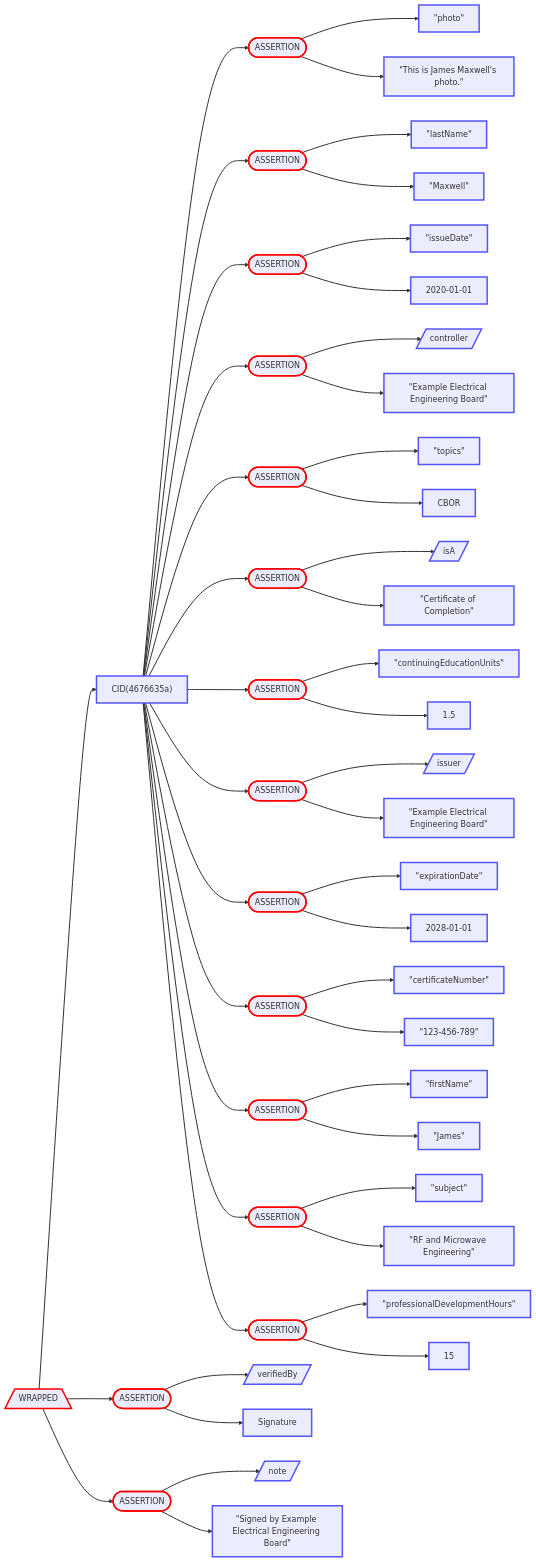
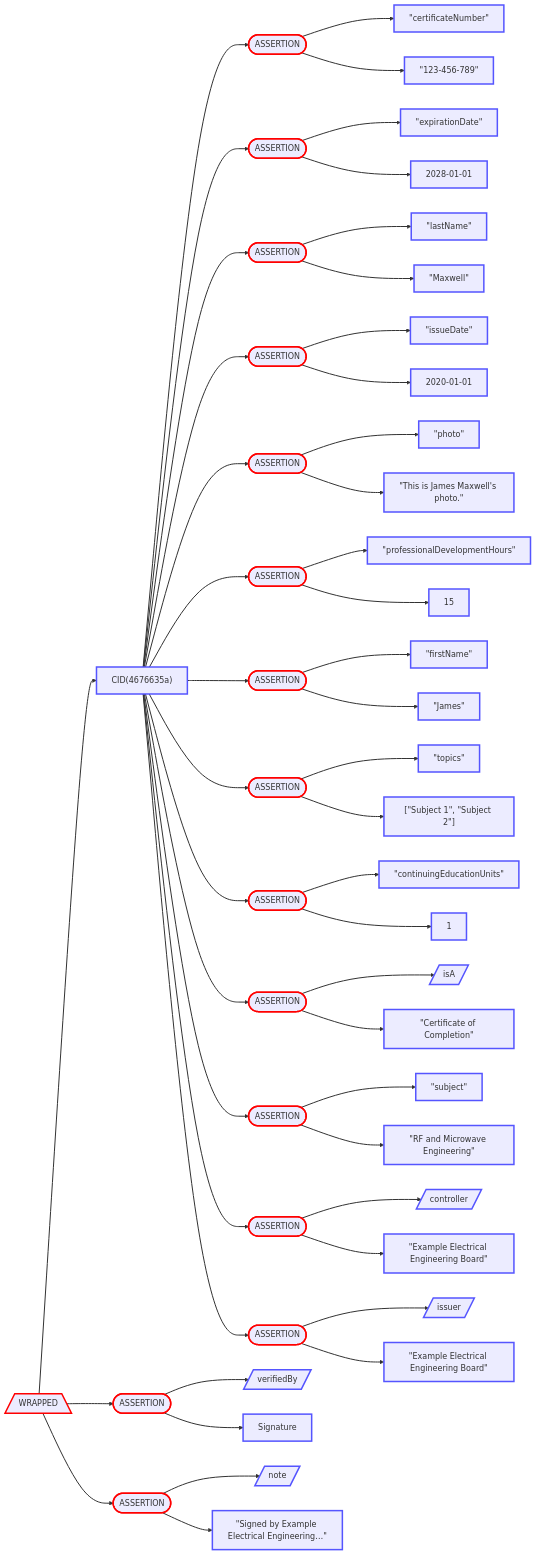
One commit to BlockchainCommons/Gordian changed diagram 22 of 26 in Envelope/OutputFormats.md. Above: the diagram before and after it, drawn with Mermaid. The commit also changed other lines of this file and 6 other files, not shown here.

```diff
--- a/Envelope/OutputFormats.md
+++ b/Envelope/OutputFormats.md
@@ -1631,50 +1719,50 @@
     1[/"WRAPPED"\]
     2["CID(4676635a)"]
     3(["ASSERTION"])
-    4["#quot;photo#quot;"]
-    5["#quot;This is James Maxwell's photo.#quot;"]
+    4["#quot;certificateNumber#quot;"]
+    5["#quot;123-456-789#quot;"]
     6(["ASSERTION"])
-    7["#quot;lastName#quot;"]
-    8["#quot;Maxwell#quot;"]
+    7["#quot;expirationDate#quot;"]
+    8["2028-01-01"]
     9(["ASSERTION"])
-    10["#quot;issueDate#quot;"]
-    11["2020-01-01"]
+    10["#quot;lastName#quot;"]
+    11["#quot;Maxwell#quot;"]
     12(["ASSERTION"])
-    13[/"controller"/]
-    14["#quot;Example Electrical Engineering Board#quot;"]
+    13["#quot;issueDate#quot;"]
+    14["2020-01-01"]
     15(["ASSERTION"])
-    16["#quot;topics#quot;"]
-    17["CBOR"]
+    16["#quot;photo#quot;"]
+    17["#quot;This is James Maxwell's photo.#quot;"]
     18(["ASSERTION"])
-    19[/"isA"/]
-    20["#quot;Certificate of Completion#quot;"]
+    19["#quot;professionalDevelopmentHours#quot;"]
+    20["15"]
     21(["ASSERTION"])
-    22["#quot;continuingEducationUnits#quot;"]
-    23["1.5"]
+    22["#quot;firstName#quot;"]
+    23["#quot;James#quot;"]
     24(["ASSERTION"])
-    25[/"issuer"/]
-    26["#quot;Example Electrical Engineering Board#quot;"]
+    25["#quot;topics#quot;"]
+    26["[#quot;Subject 1#quot;, #quot;Subject 2#quot;]"]
     27(["ASSERTION"])
-    28["#quot;expirationDate#quot;"]
-    29["2028-01-01"]
+    28["#quot;continuingEducationUnits#quot;"]
+    29["1"]
     30(["ASSERTION"])
-    31["#quot;certificateNumber#quot;"]
-    32["#quot;123-456-789#quot;"]
+    31[/"isA"/]
+    32["#quot;Certificate of Completion#quot;"]
     33(["ASSERTION"])
-    34["#quot;firstName#quot;"]
-    35["#quot;James#quot;"]
+    34["#quot;subject#quot;"]
+    35["#quot;RF and Microwave Engineering#quot;"]
     36(["ASSERTION"])
-    37["#quot;subject#quot;"]
-    38["#quot;RF and Microwave Engineering#quot;"]
+    37[/"controller"/]
+    38["#quot;Example Electrical Engineering Board#quot;"]
     39(["ASSERTION"])
-    40["#quot;professionalDevelopmentHours#quot;"]
-    41["15"]
+    40[/"issuer"/]
+    41["#quot;Example Electrical Engineering Board#quot;"]
     42(["ASSERTION"])
     43[/"verifiedBy"/]
     44["Signature"]
     45(["ASSERTION"])
     46[/"note"/]
-    47["#quot;Signed by Example Electrical Engineering Board#quot;"]
+    47["#quot;Signed by Example Electrical Engineering…#quot;"]
     1 --> 2
     2 --> 3
     3 --> 4
```
